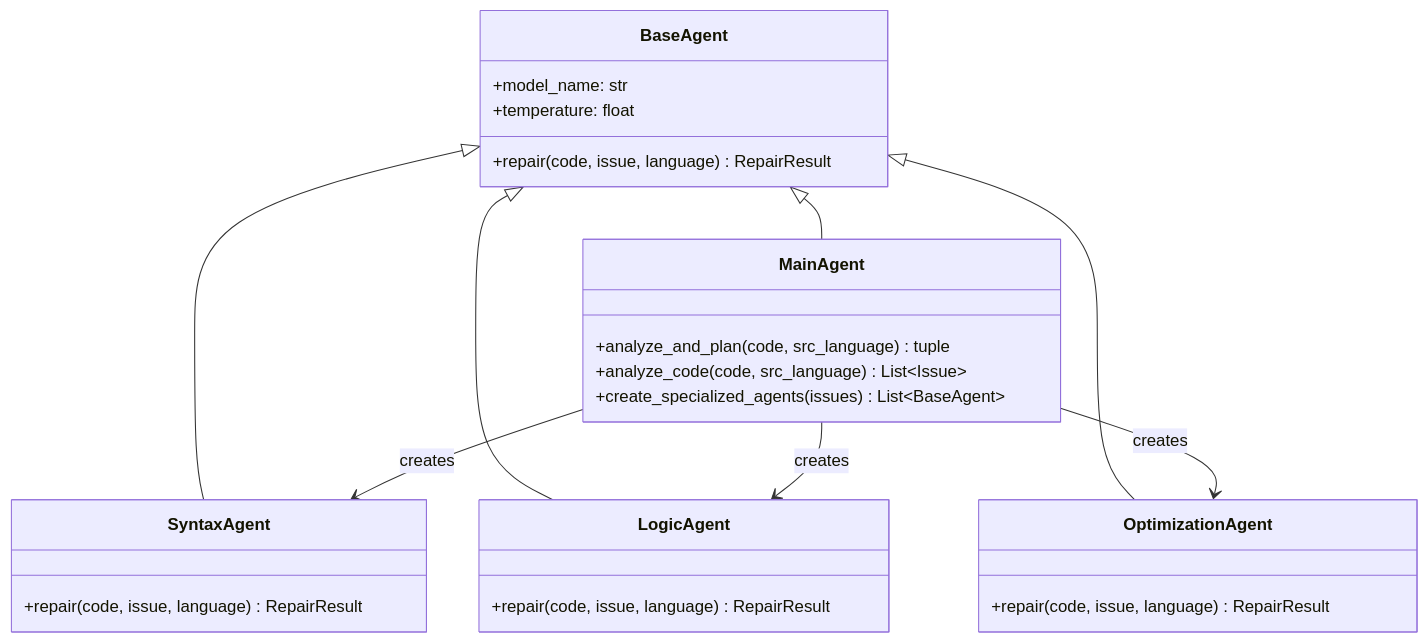
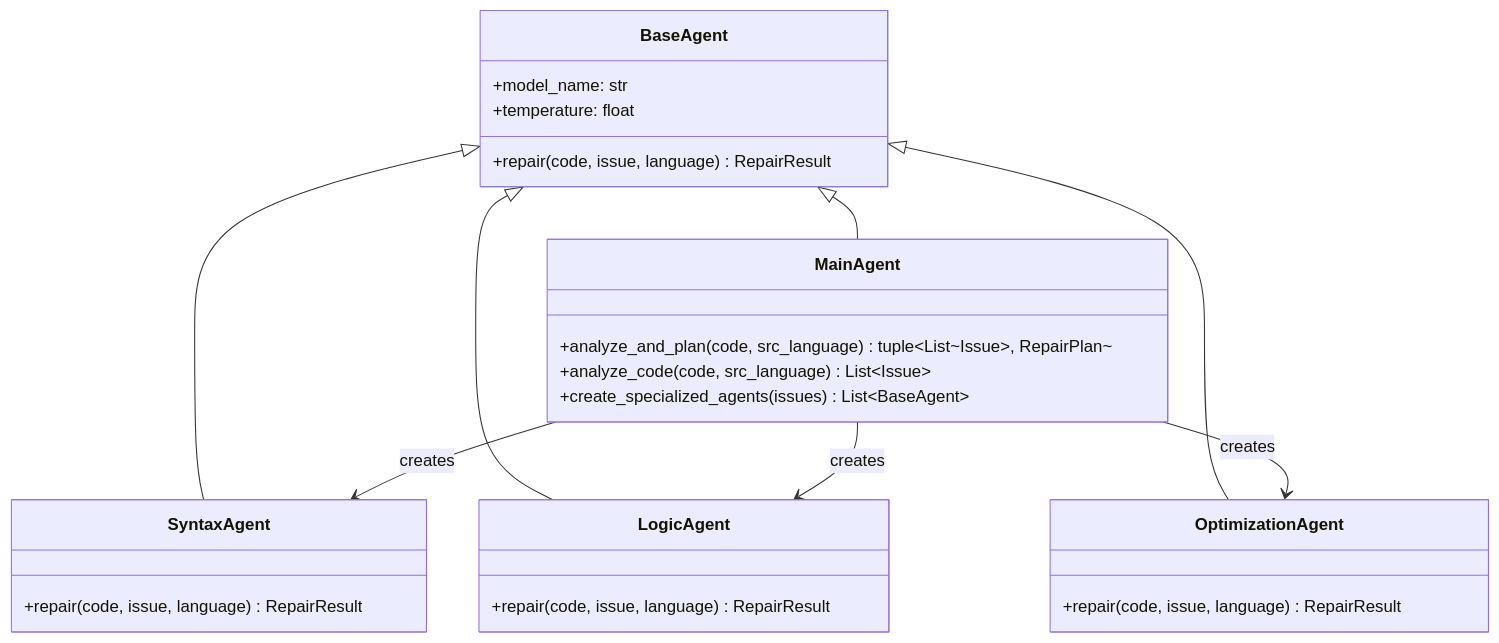
The first of 9 diagrams in METHODOLOGY.md (omaryasser3/Ai-Project), drawn with Mermaid before and after one commit. The commit also changed other lines of this file, not shown here.

Commit message:
Address code review feedback in METHODOLOGY.md

````diff
--- a/METHODOLOGY.md
+++ b/METHODOLOGY.md
@@ -19,35 +19,35 @@
 ```mermaid
 classDiagram
     class BaseAgent {
         +model_name: str
         +temperature: float
         +repair(code, issue, language) RepairResult
     }
     
     class MainAgent {
-        +analyze_and_plan(code, src_language) tuple
+        +analyze_and_plan(code, src_language) tuple~List~Issue~, RepairPlan~
         +analyze_code(code, src_language) List~Issue~
         +create_specialized_agents(issues) List~BaseAgent~
     }
     
     class SyntaxAgent {
         +repair(code, issue, language) RepairResult
     }
     
     class LogicAgent {
         +repair(code, issue, language) RepairResult
     }
     
     class OptimizationAgent {
         +repair(code, issue, language) RepairResult
     }
     
     BaseAgent <|-- MainAgent
     BaseAgent <|-- SyntaxAgent
     BaseAgent <|-- LogicAgent
     BaseAgent <|-- OptimizationAgent
     
     MainAgent --> SyntaxAgent : creates
     MainAgent --> LogicAgent : creates
     MainAgent --> OptimizationAgent : creates
 ```
````
